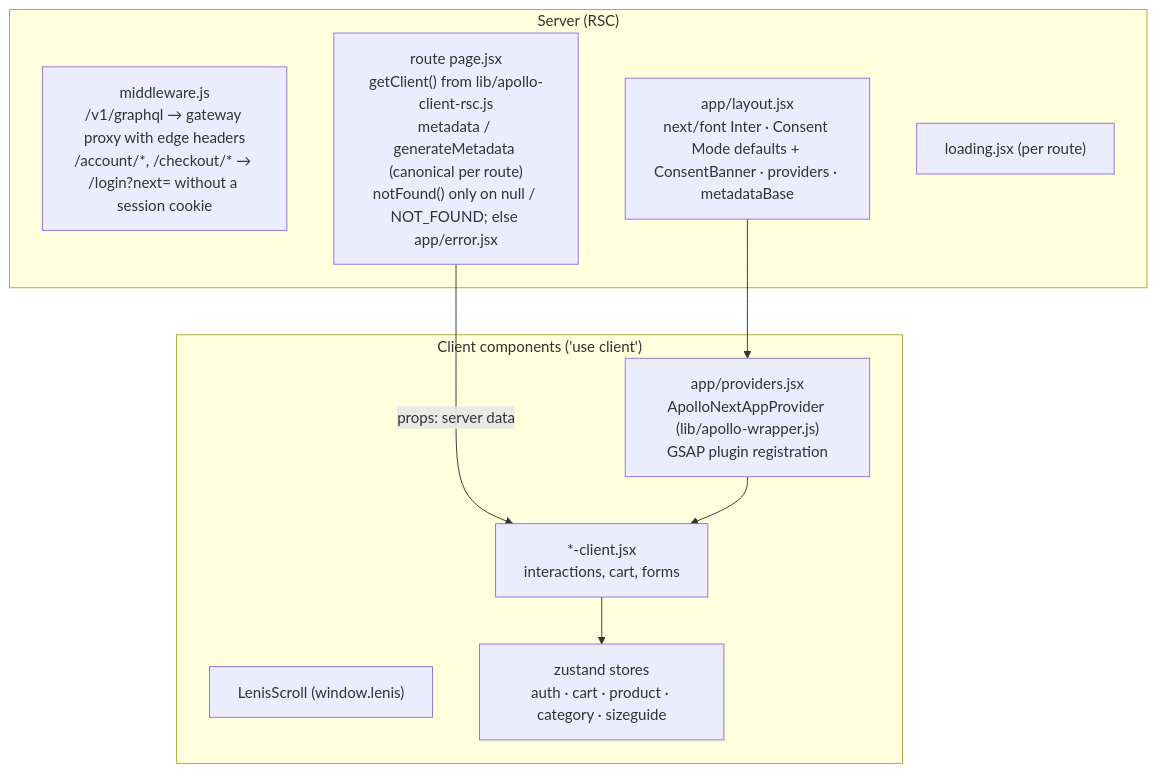
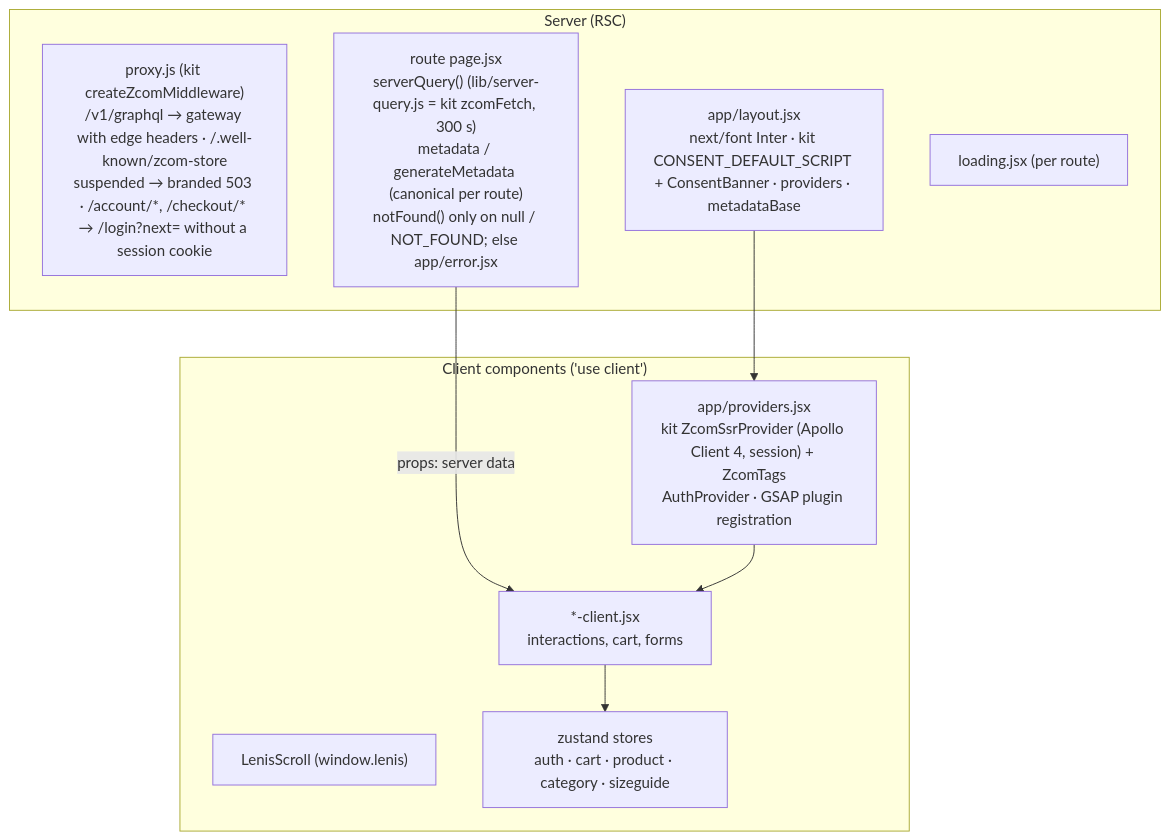
The second of 6 diagrams in docs/architecture/solution-architecture.md (Zerror-Studios/Rare-Element), drawn with Mermaid before and after one commit. The commit also changed other lines of this file and 63 other files, not shown here.

First line of the commit message:
feat(storefront): move Nahara onto @zcom/storefront-kit v1.0.2 (Kit PRD-002 step 3)

````diff
--- a/docs/architecture/solution-architecture.md
+++ b/docs/architecture/solution-architecture.md
@@ -28,19 +28,19 @@
 ```mermaid
 flowchart TB
     subgraph Server["Server (RSC)"]
-        MW["middleware.js<br/>/v1/graphql → gateway proxy with edge headers<br/>/account/*, /checkout/* → /login?next= without a session cookie"]
-        L["app/layout.jsx<br/>next/font Inter · Consent Mode defaults + ConsentBanner · providers · metadataBase"]
-        P["route page.jsx<br/>getClient() from lib/apollo-client-rsc.js<br/>metadata / generateMetadata (canonical per route)<br/>notFound() only on null / NOT_FOUND; else app/error.jsx"]
+        MW["proxy.js (kit createZcomMiddleware)<br/>/v1/graphql → gateway with edge headers · /.well-known/zcom-store<br/>suspended → branded 503 · /account/*, /checkout/* → /login?next= without a session cookie"]
+        L["app/layout.jsx<br/>next/font Inter · kit CONSENT_DEFAULT_SCRIPT + ConsentBanner · providers · metadataBase"]
+        P["route page.jsx<br/>serverQuery() (lib/server-query.js = kit zcomFetch, 300 s)<br/>metadata / generateMetadata (canonical per route)<br/>notFound() only on null / NOT_FOUND; else app/error.jsx"]
         LD["loading.jsx (per route)"]
     end
     subgraph Client["Client components ('use client')"]
-        PR["app/providers.jsx<br/>ApolloNextAppProvider (lib/apollo-wrapper.js)<br/>GSAP plugin registration"]
+        PR["app/providers.jsx<br/>kit ZcomSsrProvider (Apollo Client 4, session) + ZcomTags<br/>AuthProvider · GSAP plugin registration"]
         CC["*-client.jsx<br/>interactions, cart, forms"]
         LS["LenisScroll (window.lenis)"]
         ZS["zustand stores<br/>auth · cart · product · category · sizeguide"]
     end
     L --> PR
     P -- "props: server data" --> CC
     PR --> CC
     CC --> ZS
 ```
````
